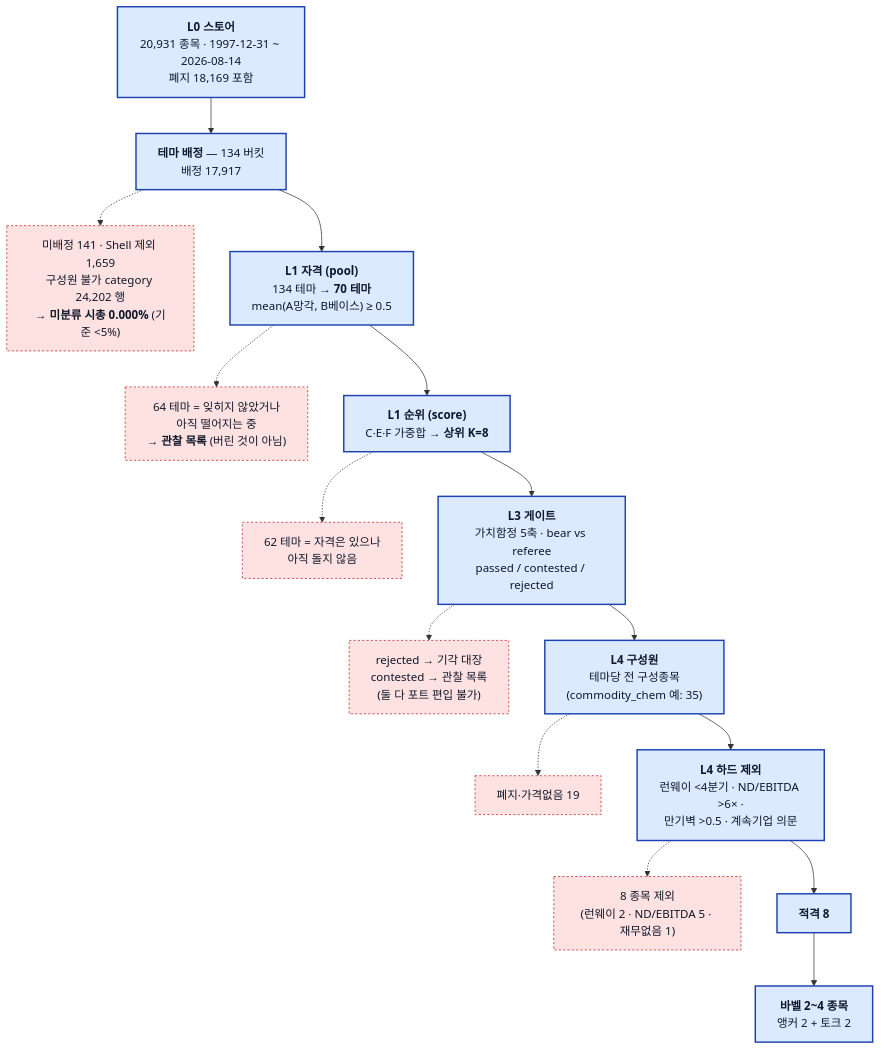
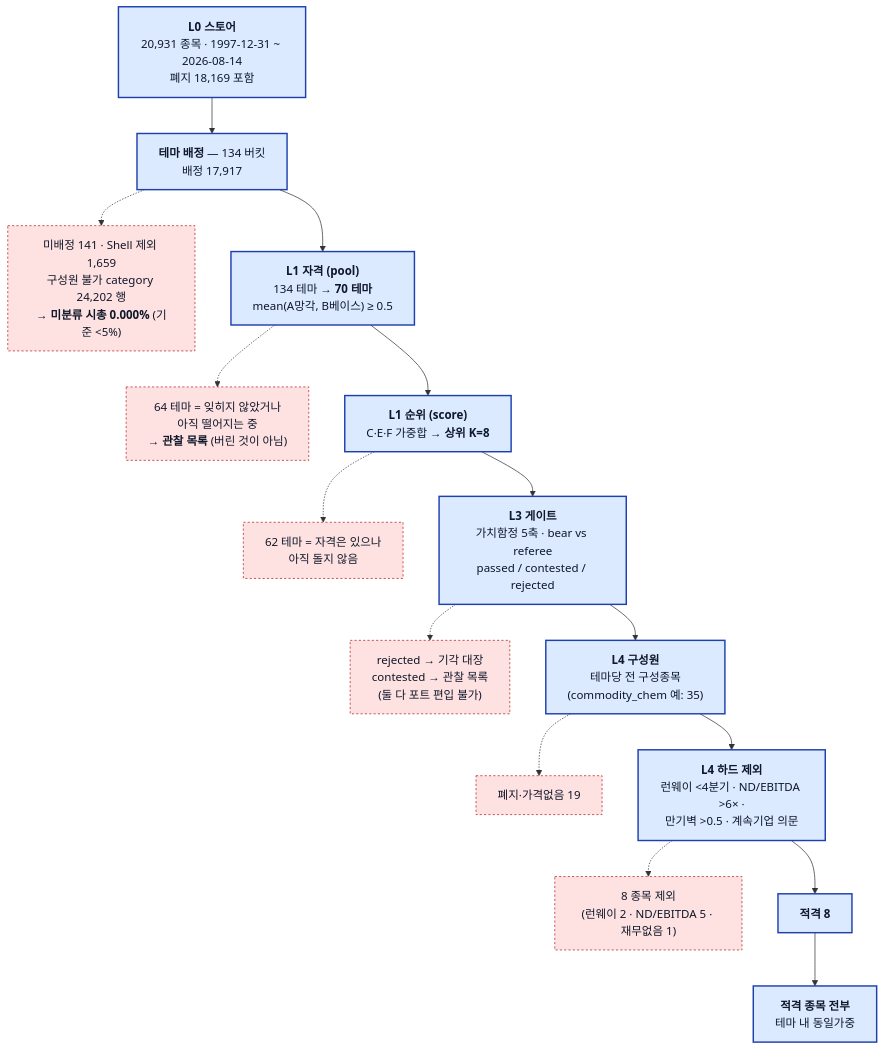
One commit to younghwan91/macro-sector-agent changed the second of 4 diagrams in README.md. Above: the diagram before and after it, drawn with Mermaid. The commit also changed other lines of this file and 13 other files, not shown here.

````diff
--- a/README.md
+++ b/README.md
@@ -71,31 +71,31 @@
 ```mermaid
 flowchart TD
     A["<b>L0 스토어</b><br/>20,931 종목 · 1997-12-31 ~ 2026-08-14<br/>폐지 18,169 포함"]
     B["<b>테마 배정</b> — 134 버킷<br/>배정 17,917"]
     B1["미배정 141 · Shell 제외 1,659<br/>구성원 불가 category 24,202 행<br/>→ <b>미분류 시총 0.000%</b> (기준 &lt;5%)"]
     C["<b>L1 자격 (pool)</b><br/>134 테마 → <b>70 테마</b><br/>mean(A망각, B베이스) ≥ 0.5"]
     C1["64 테마 = 잊히지 않았거나<br/>아직 떨어지는 중<br/>→ <b>관찰 목록</b> (버린 것이 아님)"]
     D["<b>L1 순위 (score)</b><br/>C·E·F 가중합 → <b>상위 K=8</b>"]
     D1["62 테마 = 자격은 있으나<br/>아직 돌지 않음"]
     E["<b>L3 게이트</b><br/>가치함정 5축 · bear vs referee<br/>passed / contested / rejected"]
     E1["rejected → 기각 대장<br/>contested → 관찰 목록<br/>(둘 다 포트 편입 불가)"]
     F["<b>L4 구성원</b><br/>테마당 전 구성종목<br/>(commodity_chem 예: 35)"]
     F1["폐지·가격없음 19"]
     G["<b>L4 하드 제외</b><br/>런웨이 &lt;4분기 · ND/EBITDA &gt;6× ·<br/>만기벽 &gt;0.5 · 계속기업 의문"]
     G1["8 종목 제외<br/>(런웨이 2 · ND/EBITDA 5 · 재무없음 1)"]
     H["<b>적격 8</b>"]
-    I["<b>바벨 2~4 종목</b><br/>앵커 2 + 토크 2"]
+    I["<b>적격 종목 전부</b><br/>테마 내 동일가중"]
 
     A --> B --> C --> D --> E --> F --> G --> H --> I
     B -.-> B1
     C -.-> C1
     D -.-> D1
     E -.-> E1
     F -.-> F1
     G -.-> G1
 
     classDef keep fill:#dbeafe,stroke:#1e40af,stroke-width:2px,color:#0f172a
     classDef drop fill:#fee2e2,stroke:#b91c1c,stroke-dasharray:3 3,color:#0f172a
     class A,B,C,D,E,F,G,H,I keep
     class B1,C1,D1,E1,F1,G1 drop
 ```
````
